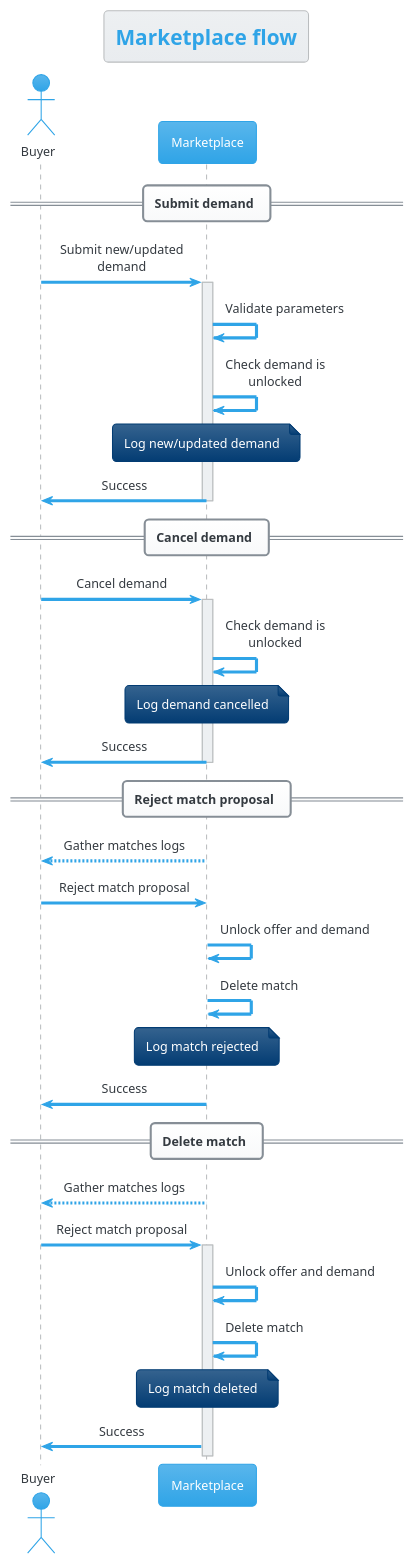
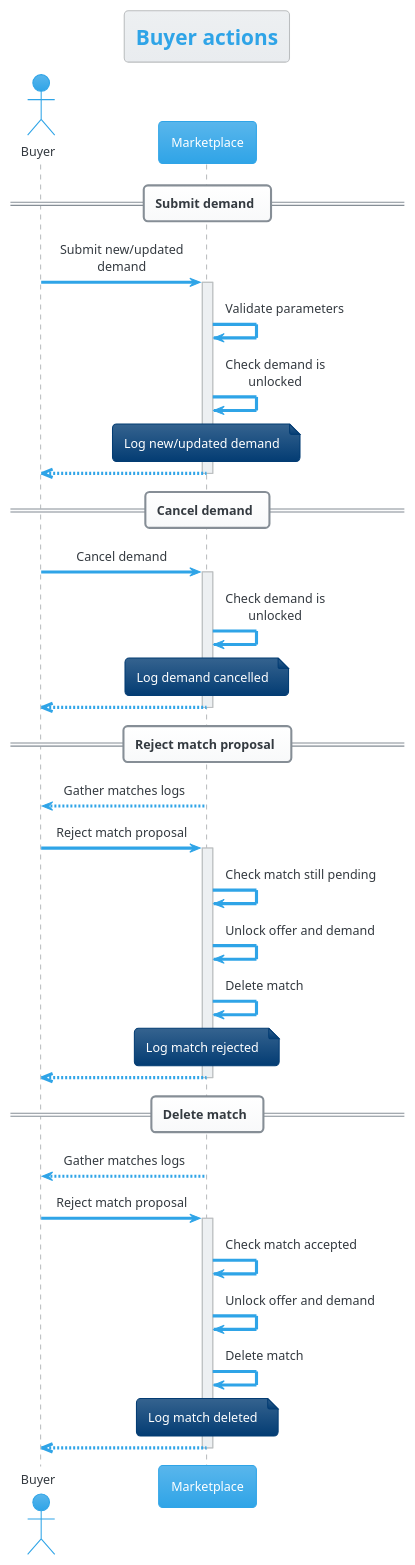
Before and after one commit to TendTo/EW-showcase: the diagram in docs/diagrams/buyer-actions.puml, drawn with PlantUML. The commit also changed 4 other files, not shown here.

Commit message:
update(docs): diagrams

```diff
--- a/docs/diagrams/buyer-actions.puml
+++ b/docs/diagrams/buyer-actions.puml
@@ -1,40 +1,42 @@
-@startuml Marketplace flow
-title Marketplace flow
+@startuml Buyer actions
+title Buyer actions
 !theme cerulean
 
 skinparam maxMessageSize 150
 skinparam defaultTextAlignment center
 skinparam noteTextAlignment left
 
 actor "Buyer" as bu
 participant "Marketplace" as ma
 
 == Submit demand ==
 bu->ma ++: Submit new/updated demand
 ma->ma: Validate parameters
 ma->ma: Check demand is unlocked
 note over ma: Log new/updated demand
-ma->bu --: Success
+ma-->>bu --
 
 == Cancel demand ==
 bu->ma ++: Cancel demand
 ma->ma: Check demand is unlocked
 note over ma: Log demand cancelled
-ma->bu --: Success
+ma-->>bu --
 
 == Reject match proposal ==
 bu<--ma: Gather matches logs
-bu->ma: Reject match proposal
+bu->ma ++: Reject match proposal
+ma->ma: Check match still pending
 ma->ma: Unlock offer and demand
 ma->ma: Delete match
 note over ma: Log match rejected
-ma->bu: Success
+ma-->>bu --
 
 == Delete match ==
 bu<--ma: Gather matches logs
 bu->ma ++: Reject match proposal
+ma->ma: Check match accepted
 ma->ma: Unlock offer and demand
 ma->ma: Delete match
 note over ma: Log match deleted
-ma->bu: Success
+ma-->>bu --
 @enduml
```
